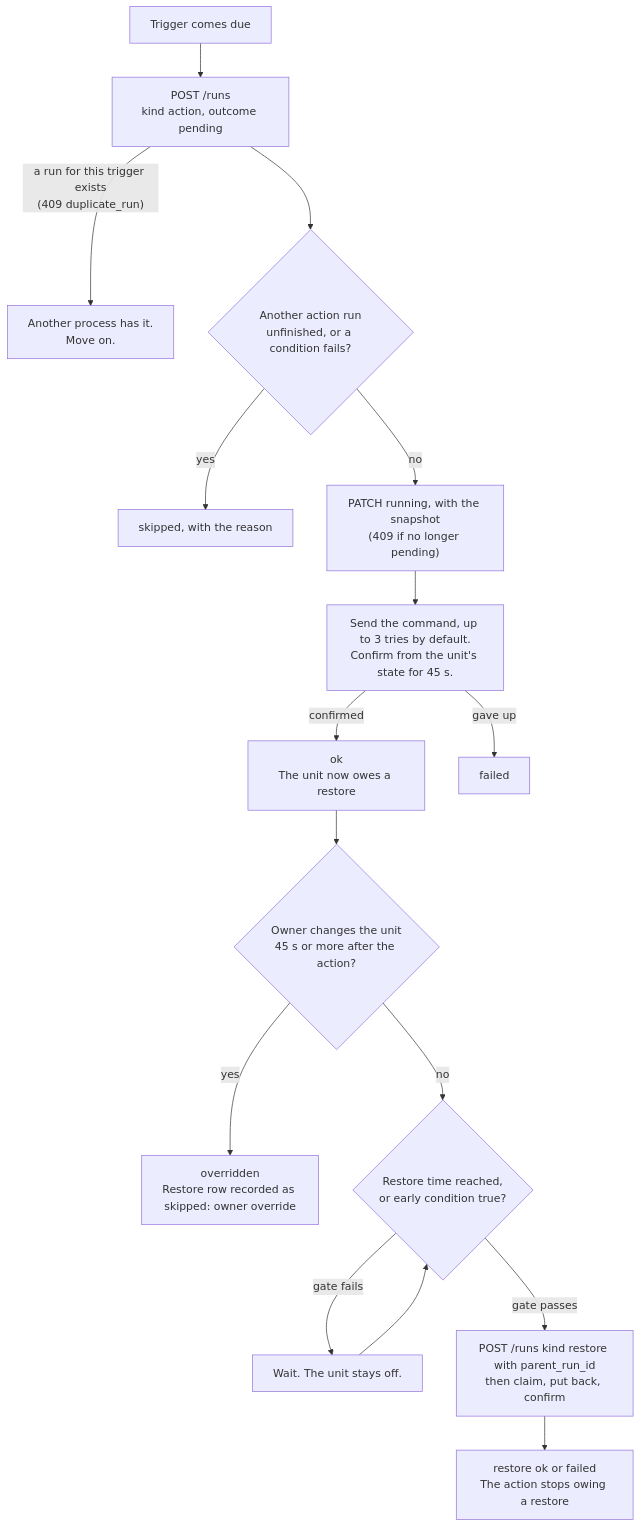
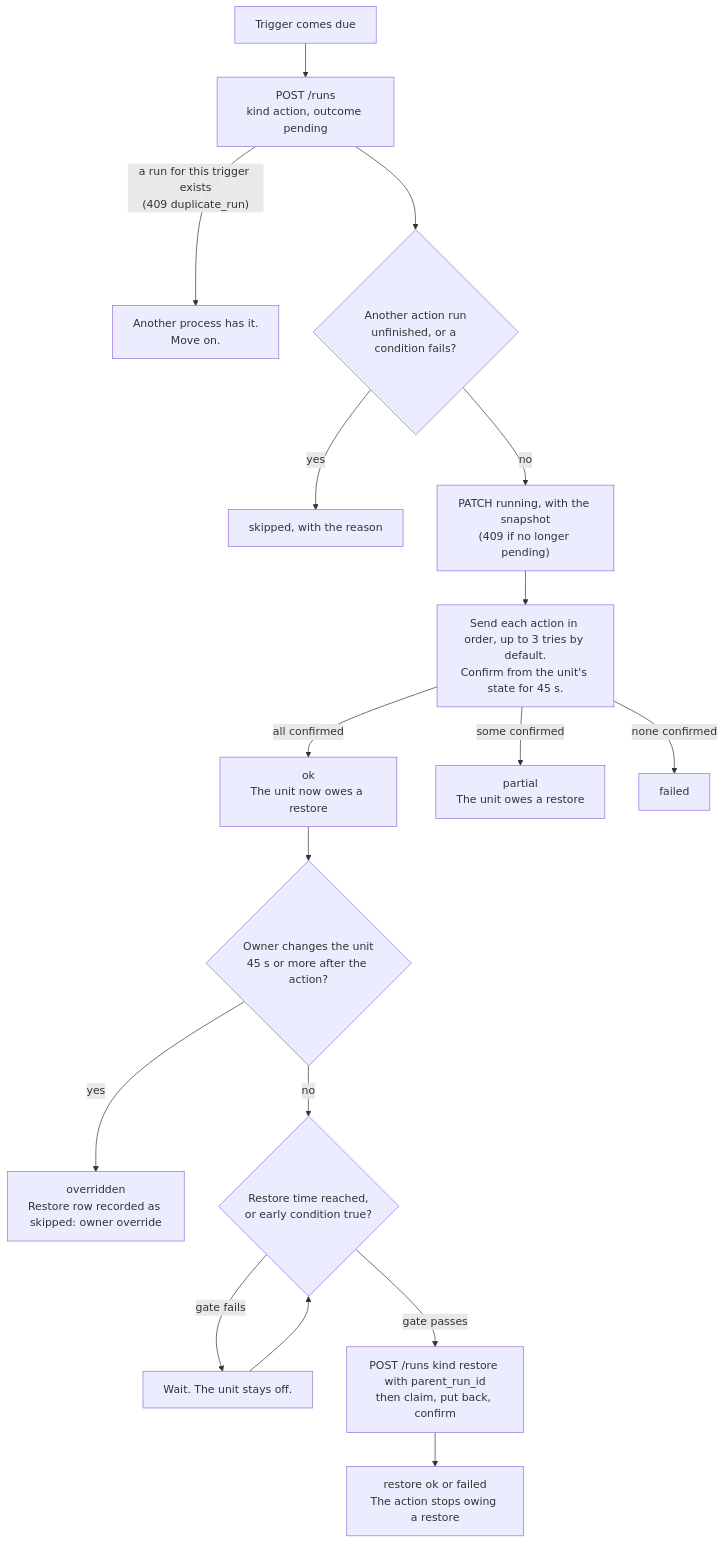
Before and after one commit to sschwetz/wattwise: the first of 2 diagrams in docs/actors.md, drawn with Mermaid. The commit also changed other lines of this file and 2 other files, not shown here.

````diff
--- a/docs/actors.md
+++ b/docs/actors.md
@@ -105,18 +125,19 @@
 ```mermaid
 flowchart TD
     TRIG["Trigger comes due"] --> CREATE["POST /runs<br/>kind action, outcome pending"]
     CREATE -- "a run for this trigger exists<br/>(409 duplicate_run)" --> OTHER["Another process has it.<br/>Move on."]
     CREATE --> CHECK{"Another action run<br/>unfinished, or a condition fails?"}
     CHECK -- yes --> SKIP["skipped, with the reason"]
     CHECK -- no --> CLAIM["PATCH running, with the snapshot<br/>(409 if no longer pending)"]
-    CLAIM --> APPLY["Send the command, up to 3 tries by default.<br/>Confirm from the unit's state for 45 s."]
-    APPLY -- "confirmed" --> OK["ok<br/>The unit now owes a restore"]
-    APPLY -- "gave up" --> FAIL["failed"]
+    CLAIM --> APPLY["Send each action in order, up to 3 tries by default.<br/>Confirm from the unit's state for 45 s."]
+    APPLY -- "all confirmed" --> OK["ok<br/>The unit now owes a restore"]
+    APPLY -- "some confirmed" --> PART["partial<br/>The unit owes a restore"]
+    APPLY -- "none confirmed" --> FAIL["failed"]
     OK --> OWNER{"Owner changes the unit<br/>45 s or more after the action?"}
     OWNER -- yes --> OVER["overridden<br/>Restore row recorded as skipped: owner override"]
     OWNER -- no --> DUE{"Restore time reached,<br/>or early condition true?"}
     DUE -- "gate fails" --> WAIT["Wait. The unit stays off."]
     WAIT --> DUE
     DUE -- "gate passes" --> RESTORE["POST /runs kind restore with parent_run_id<br/>then claim, put back, confirm"]
     RESTORE --> DONE["restore ok or failed<br/>The action stops owing a restore"]
 ```
````
